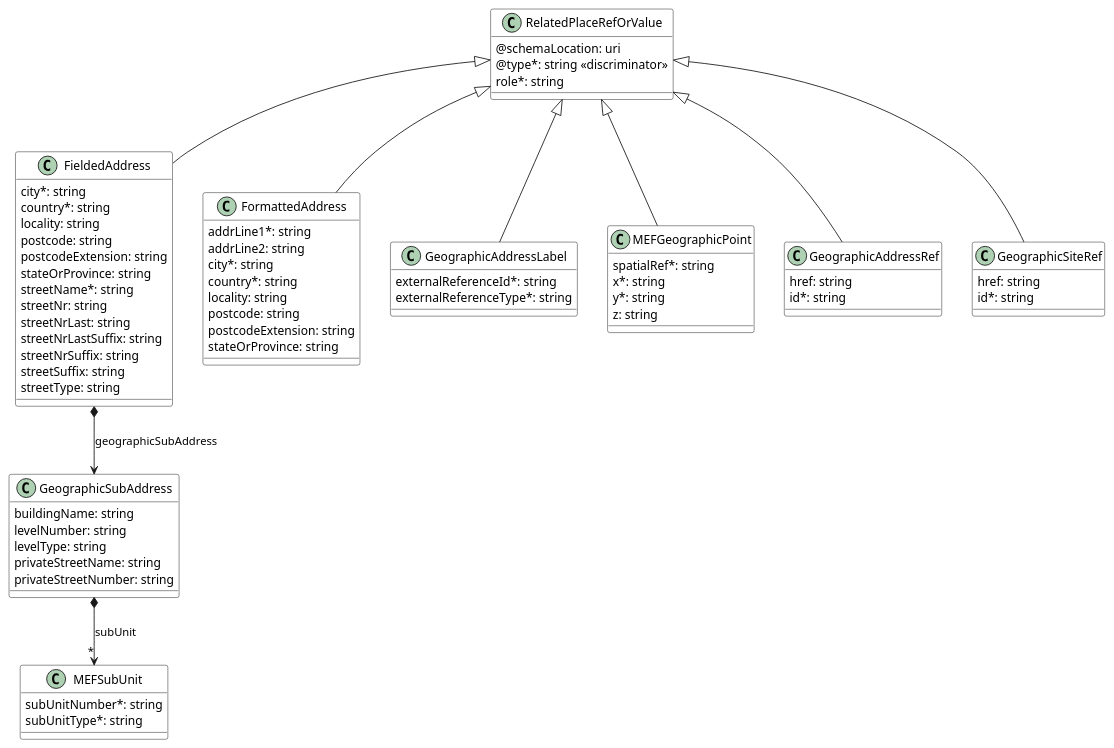
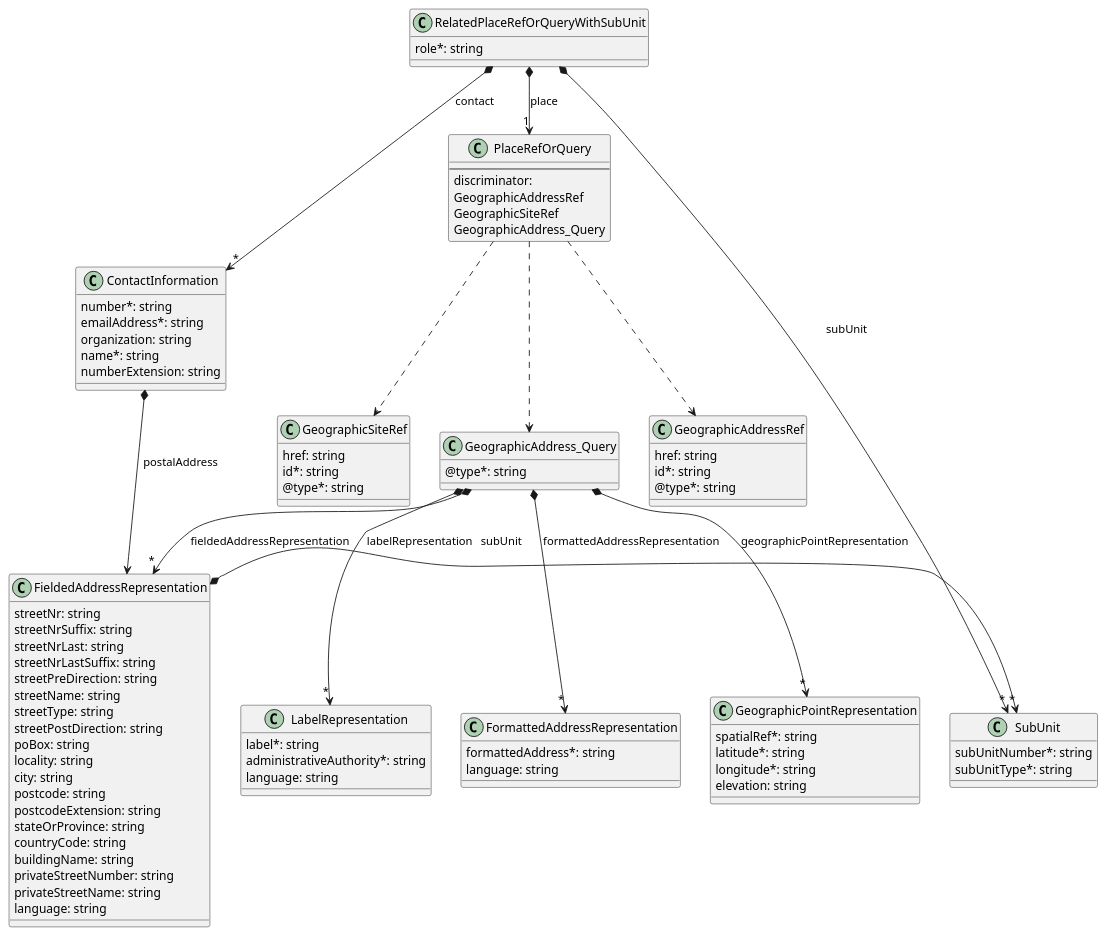
The diagram in documentation/productApi/order/media/src/place_entities.puml (MEF-GIT/MEF-LSO-Sonata-SDK), drawn with PlantUML before and after one commit. The commit also changed 456 other files, not shown here.

```diff
--- a/documentation/productApi/order/media/src/place_entities.puml
+++ b/documentation/productApi/order/media/src/place_entities.puml
@@ -1,106 +1,125 @@
 @startuml
 
-skinparam {
-    ClassBackgroundColor White
-    ClassBorderColor Black
-}
+class RelatedPlaceRefOrQueryWithSubUnit {
 
-class RelatedPlaceRefOrValue {
-
-    @schemaLocation: uri
-    @type*: string <<discriminator>>
     role*: string
 }
 
-class FieldedAddress {
-
-    city*: string
-    country*: string
-    locality: string
-    postcode: string
-    postcodeExtension: string
-    stateOrProvince: string
-    streetName*: string
-    streetNr: string
-    streetNrLast: string
-    streetNrLastSuffix: string
-    streetNrSuffix: string
-    streetSuffix: string
-    streetType: string
-}
-RelatedPlaceRefOrValue <|-- FieldedAddress
-
-FieldedAddress *--> GeographicSubAddress : geographicSubAddress
+RelatedPlaceRefOrQueryWithSubUnit *-->"1" PlaceRefOrQuery : place
+RelatedPlaceRefOrQueryWithSubUnit *-->"*" SubUnit : subUnit
+RelatedPlaceRefOrQueryWithSubUnit *-->"*" ContactInformation : contact
 
 
-class FormattedAddress {
+class PlaceRefOrQuery {
+    --
+    discriminator:
+    GeographicAddressRef
+    GeographicSiteRef
+    GeographicAddress_Query
+}
 
-    addrLine1*: string
-    addrLine2: string
-    city*: string
-    country*: string
-    locality: string
-    postcode: string
-    postcodeExtension: string
-    stateOrProvince: string
+PlaceRefOrQuery ..> GeographicAddressRef : """"
+PlaceRefOrQuery ..> GeographicSiteRef : """"
+PlaceRefOrQuery ..> GeographicAddress_Query : """"
+
+class ContactInformation {
+
+    number*: string
+    emailAddress*: string
+    organization: string
+    name*: string
+    numberExtension: string
 }
-RelatedPlaceRefOrValue <|-- FormattedAddress
+
+ContactInformation *--> FieldedAddressRepresentation : postalAddress
 
 
 
-class GeographicSubAddress {
-
-    buildingName: string
-    levelNumber: string
-    levelType: string
-    privateStreetName: string
-    privateStreetNumber: string
-}
-
-GeographicSubAddress *-->"*" MEFSubUnit : subUnit
-
-
-class GeographicAddressLabel {
-
-    externalReferenceId*: string
-    externalReferenceType*: string
-}
-RelatedPlaceRefOrValue <|-- GeographicAddressLabel
-
-
-
-
-class MEFGeographicPoint {
-
-    spatialRef*: string 
-    x*: string 
-    y*: string 
-    z: string 
-}
-RelatedPlaceRefOrValue <|-- MEFGeographicPoint
-
-
-class MEFSubUnit {
+class SubUnit {
 
     subUnitNumber*: string
     subUnitType*: string
 }
 
 
 
-class GeographicAddressRef  {
+class GeographicAddressRef {
 
-    href: string 
-    id*: string 
+    href: string
+    id*: string
+    @type*: string
 }
-RelatedPlaceRefOrValue <|-- GeographicAddressRef 
 
-class GeographicSiteRef  {
+class FieldedAddressRepresentation {
 
-    href: string 
-    id*: string 
+    streetNr: string
+    streetNrSuffix: string
+    streetNrLast: string
+    streetNrLastSuffix: string
+    streetPreDirection: string
+    streetName: string
+    streetType: string
+    streetPostDirection: string
+    poBox: string
+    locality: string
+    city: string
+    postcode: string
+    postcodeExtension: string
+    stateOrProvince: string
+    countryCode: string
+    buildingName: string
+    privateStreetNumber: string
+    privateStreetName: string
+    language: string
 }
-RelatedPlaceRefOrValue <|-- GeographicSiteRef 
+
+FieldedAddressRepresentation *-r->"*" SubUnit : subUnit
+
+
+class FormattedAddressRepresentation {
+
+    formattedAddress*: string
+    language: string
+}
+
+
+
+class GeographicAddress_Query {
+    @type*: string
+}
+
+GeographicAddress_Query *-->"*" FieldedAddressRepresentation : fieldedAddressRepresentation
+GeographicAddress_Query *-->"*" FormattedAddressRepresentation : formattedAddressRepresentation
+GeographicAddress_Query *-->"*" GeographicPointRepresentation : geographicPointRepresentation
+GeographicAddress_Query *-->"*" LabelRepresentation : labelRepresentation
+
+
+
+class GeographicPointRepresentation {
+
+    spatialRef*: string
+    latitude*: string
+    longitude*: string
+    elevation: string
+}
+
+
+
+class LabelRepresentation {
+
+    label*: string
+    administrativeAuthority*: string
+    language: string
+}
+
+
+
+class GeographicSiteRef {
+
+    href: string
+    id*: string
+    @type*: string
+}
 
 
 @enduml
```
